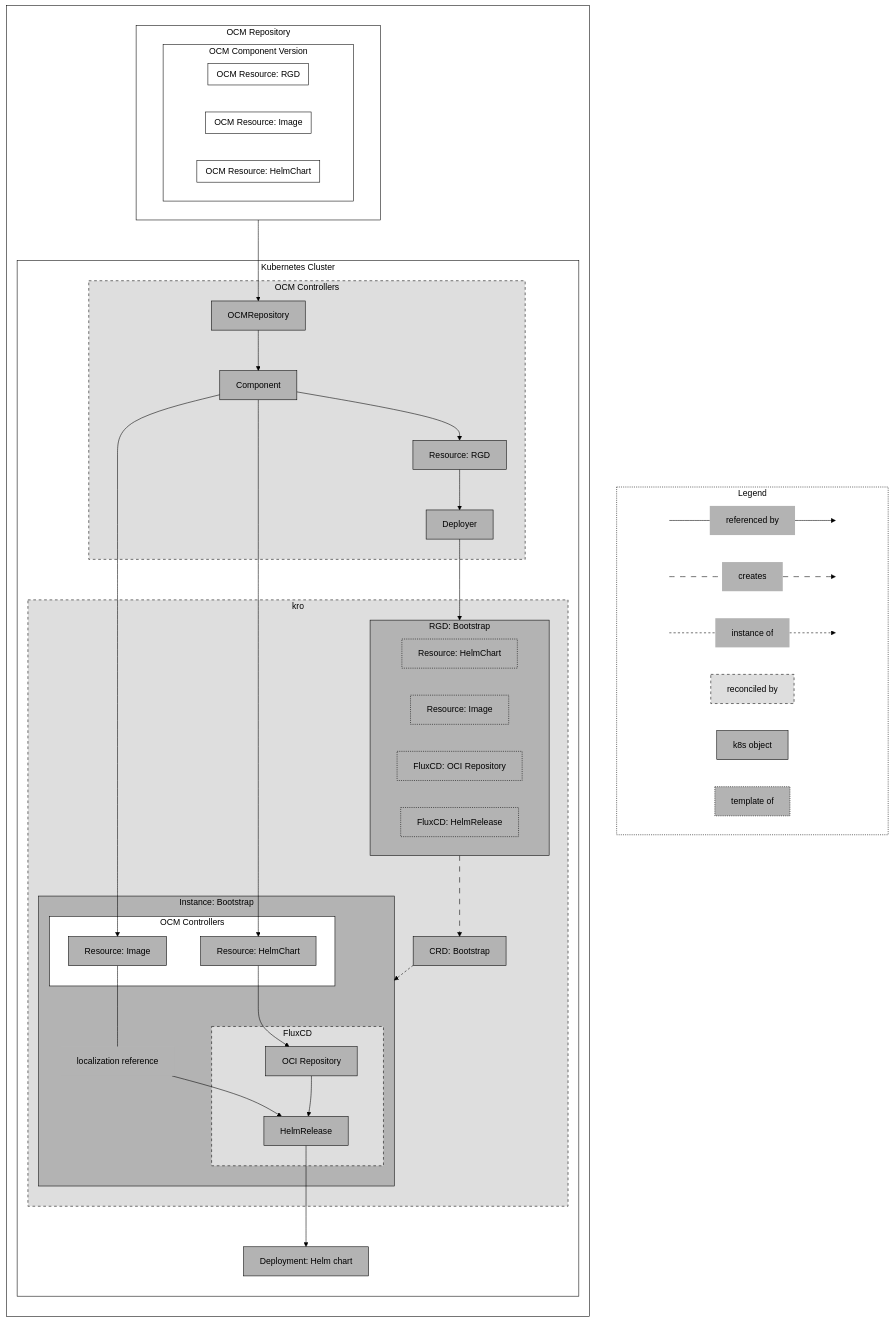
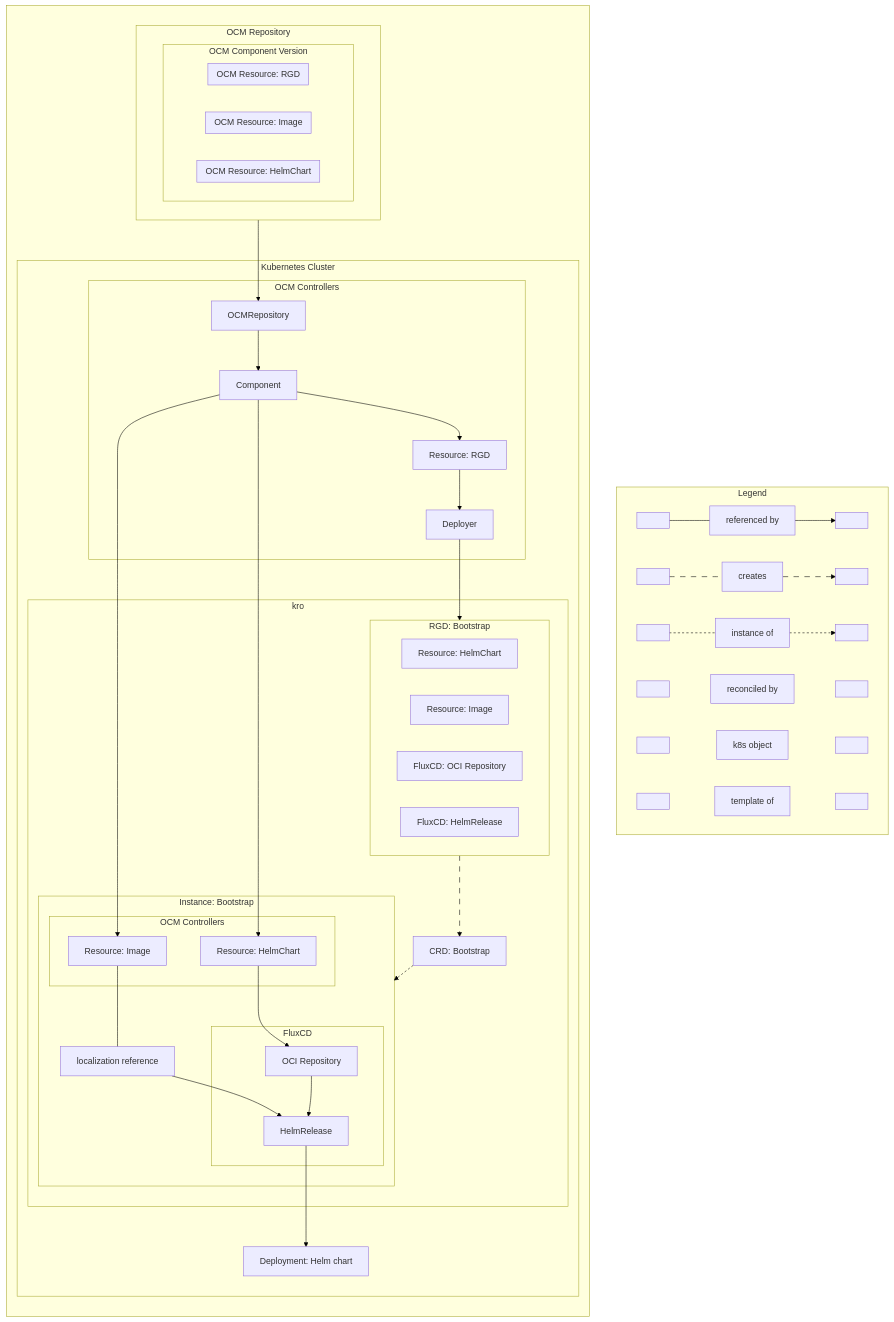
The diagram in content/docs/tutorials/deploy-helm-chart-bootstrap.md (open-component-model/ocm-website), drawn with Mermaid before and after one commit.

Commit message:
docs: remove unused Mermaid class definitions in tutorial
Removed redundant Mermaid diagram class definitions from the `deploy-helm-chart-bootstrap.md` tutorial for clarity and to reduce unnecessary code.

````diff
--- a/content/docs/tutorials/deploy-helm-chart-bootstrap.md
+++ b/content/docs/tutorials/deploy-helm-chart-bootstrap.md
@@ -75,15 +75,5 @@
 ```mermaid
 flowchart TB
-    classDef cluster fill:white,color:black,stroke:black;
-    classDef reconciledBy fill:#dedede,stroke:black,stroke-dasharray: 5,color:black;
-    classDef k8sObject fill:#b3b3b3,color:black,stroke:black;
-    classDef information fill:#b3b3b3,color:black,stroke:none;
-    classDef templateOf fill:#b3b3b3,color:black,stroke:black,stroke-dasharray: 2;
-    classDef ocm fill:white,stroke:black,color:black;
-    classDef legendStyle fill:white,stroke:black,color:black,stroke-dasharray: 2;
-    classDef legendStartEnd height:0px;
-    classDef legendItems fill:#b3b3b3,stroke:none,color:black;
-
     subgraph legend[Legend]
         start1[ ] ---references[referenced by] --> end1[ ]
         start2[ ] -.-creates -.-> end2[ ]
````
